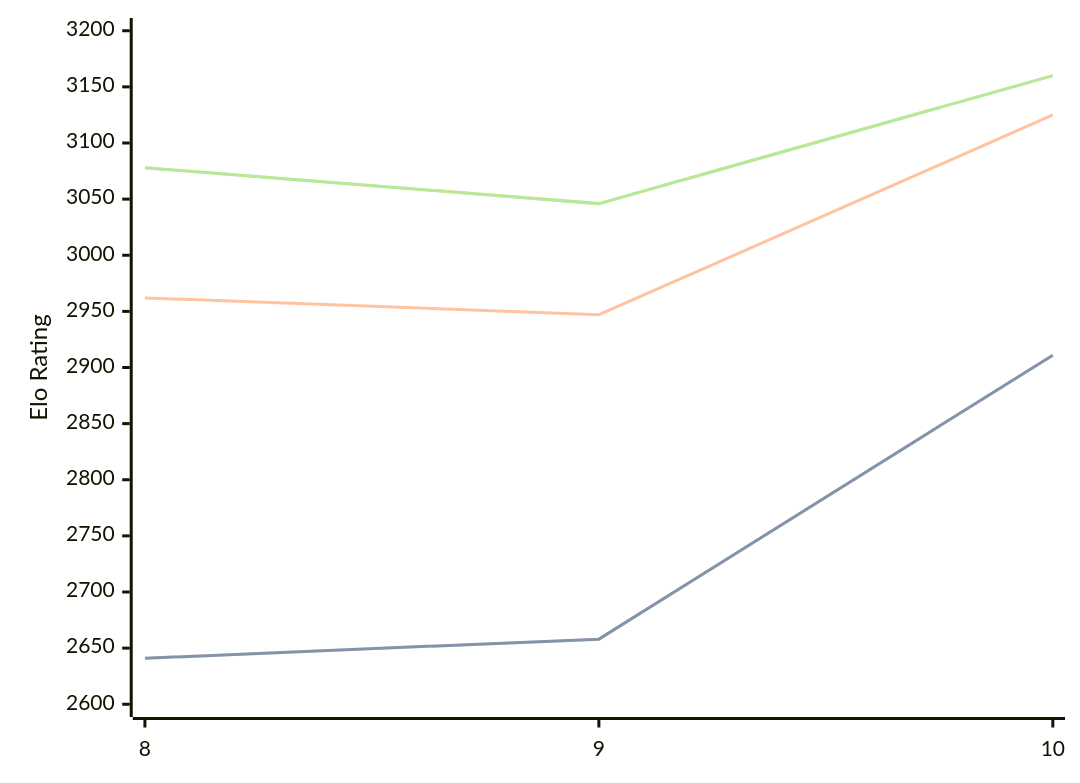
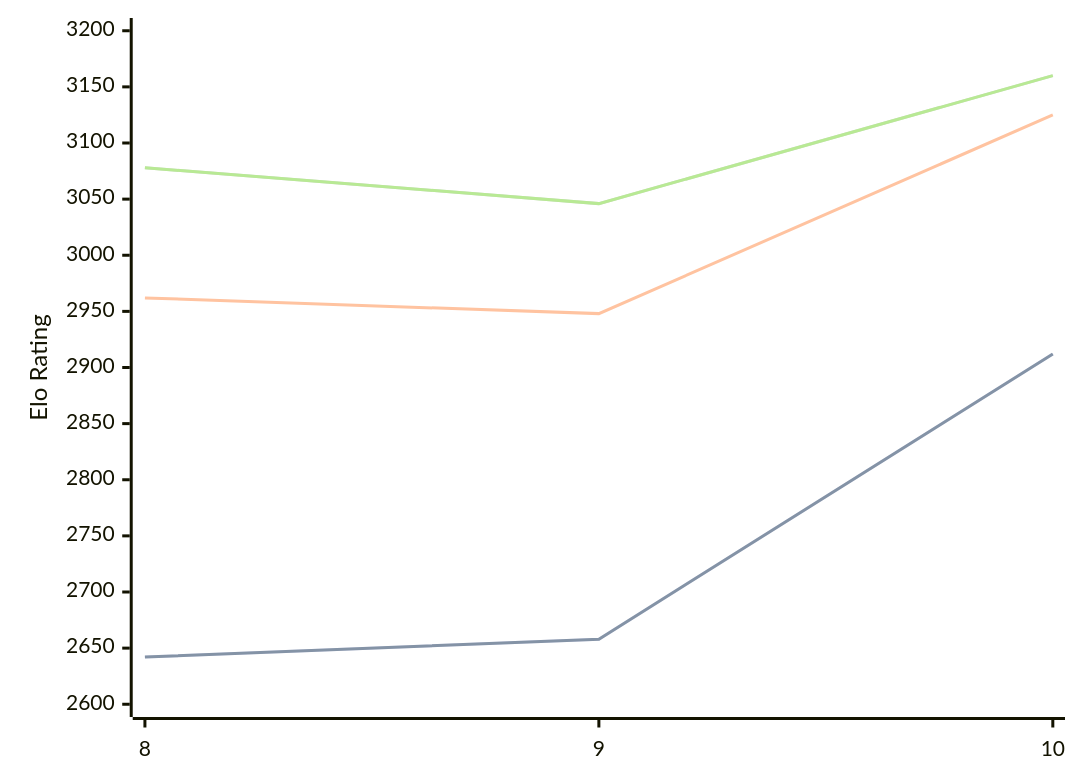
Before and after one commit to computer-chess-index/cci: the diagram in engines/Lozza.md, drawn with Mermaid. The commit also changed other lines of this file, not shown here.

````diff
--- a/engines/Lozza.md
+++ b/engines/Lozza.md
@@ -41,11 +41,11 @@
 ```mermaid
 %%{init: {"theme":"base","themeVariables":{"seriesColors:['#a3a3a3','#222221','#faa371']}}}%%
 xychart-beta
   x-axis ["8", "9", "10"]
   y-axis "Elo Rating" 2600 --> 3200
-  line "STC (8.0+0.08s)" [2641, 2658, 2911]
-  line "STC (8.0+0.08s)" [2641, 2658, 2911]
-  line "LTC (60.0+0.60s)" [2962, 2947, 3125]
+  line "STC (8.0+0.08s)" [2642, 2658, 2912]
+  line "STC (8.0+0.08s)" [2642, 2658, 2912]
+  line "LTC (60.0+0.60s)" [2962, 2948, 3125]
   line "VLTC (2m24s+1.12s)" [3078, 3046, 3160]
   line "VLTC (2m24s+1.12s)" [3078, 3046, 3160]
 ```
````
